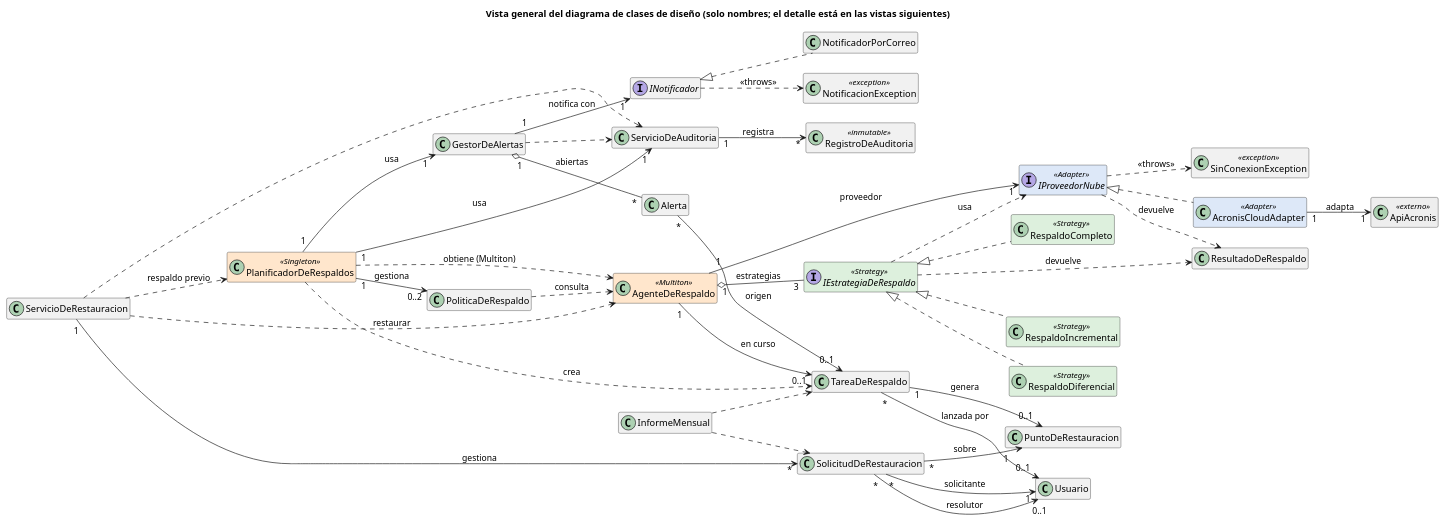
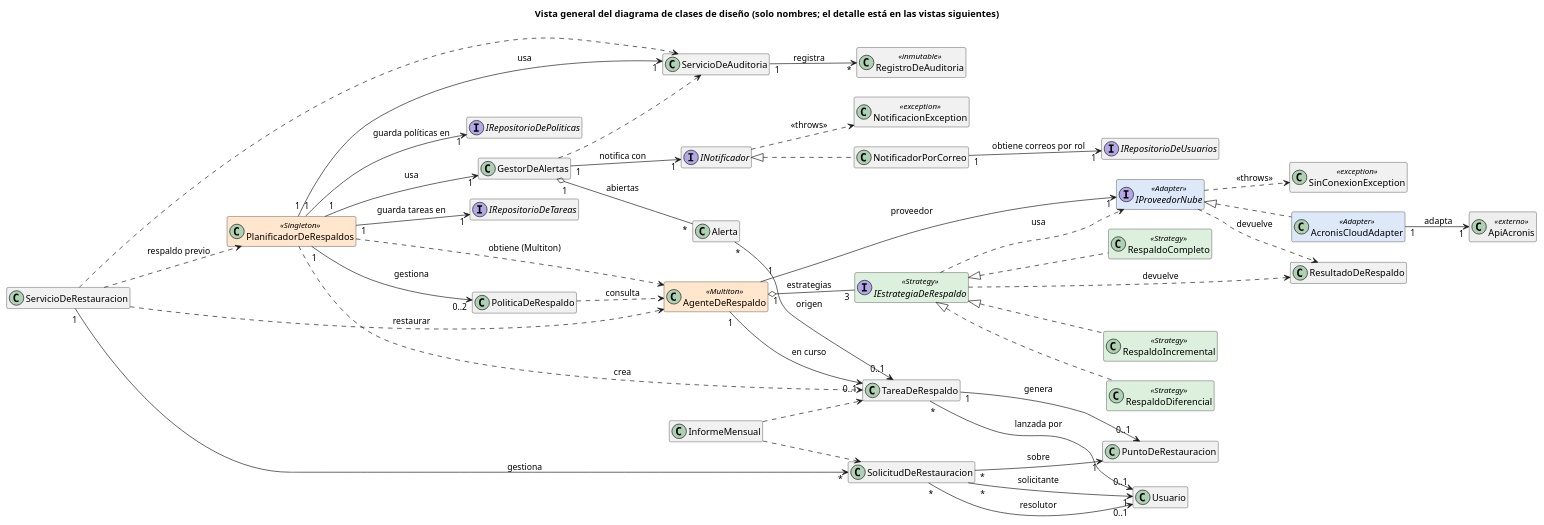
The diagram in diagramas/06-clases-vista-general.puml (Julito-Art/ModelacionGruipo17), drawn with PlantUML before and after one commit. The commit also changed 5 other files, not shown here.

```diff
--- a/diagramas/06-clases-vista-general.puml
+++ b/diagramas/06-clases-vista-general.puml
@@ -1,78 +1,84 @@
 @startuml 06-clases-vista-general
 title Vista general del diagrama de clases de diseño (solo nombres; el detalle está en las vistas siguientes)
 skinparam shadowing false
 skinparam defaultFontName Arial
 skinparam classAttributeIconSize 0
 skinparam nodesep 30
 skinparam ranksep 50
 skinparam class {
   BackgroundColor<<Singleton>> #FFE6CC
   BackgroundColor<<Multiton>> #FFE6CC
   BackgroundColor<<Strategy>> #DDF0DD
   BackgroundColor<<Adapter>> #DDE8F8
   BackgroundColor<<externo>> #EEEEEE
 }
 hide empty members
 left to right direction
 class PlanificadorDeRespaldos <<Singleton>>
 class AgenteDeRespaldo <<Multiton>>
 class PoliticaDeRespaldo
 class TareaDeRespaldo
 class PuntoDeRestauracion
 class ResultadoDeRespaldo
 interface IEstrategiaDeRespaldo <<Strategy>>
 class RespaldoCompleto <<Strategy>>
 class RespaldoIncremental <<Strategy>>
 class RespaldoDiferencial <<Strategy>>
 interface IProveedorNube <<Adapter>>
 class AcronisCloudAdapter <<Adapter>>
 class ApiAcronis <<externo>>
 class SinConexionException <<exception>>
 class NotificacionException <<exception>>
+interface IRepositorioDePoliticas
+interface IRepositorioDeTareas
+interface IRepositorioDeUsuarios
 class GestorDeAlertas
 class Alerta
 interface INotificador
 class NotificadorPorCorreo
 class ServicioDeAuditoria
 class RegistroDeAuditoria <<inmutable>>
 class SolicitudDeRestauracion
 class ServicioDeRestauracion
 class Usuario
 class InformeMensual
 IEstrategiaDeRespaldo <|.. RespaldoCompleto
 IEstrategiaDeRespaldo <|.. RespaldoIncremental
 IEstrategiaDeRespaldo <|.. RespaldoDiferencial
 IProveedorNube <|.. AcronisCloudAdapter
 INotificador <|.. NotificadorPorCorreo
 PlanificadorDeRespaldos "1" --> "0..2" PoliticaDeRespaldo : gestiona
 PlanificadorDeRespaldos "1" --> "1" GestorDeAlertas : usa
 PlanificadorDeRespaldos "1" --> "1" ServicioDeAuditoria : usa
 AgenteDeRespaldo "1" --> "1" IProveedorNube : proveedor
 AgenteDeRespaldo "1" o-- "3" IEstrategiaDeRespaldo : estrategias
 AgenteDeRespaldo "1" --> "0..1" TareaDeRespaldo : en curso
 AcronisCloudAdapter "1" --> "1" ApiAcronis : adapta
 TareaDeRespaldo "1" --> "0..1" PuntoDeRestauracion : genera
 TareaDeRespaldo "*" --> "0..1" Usuario : lanzada por
 SolicitudDeRestauracion "*" --> "1" PuntoDeRestauracion : sobre
 SolicitudDeRestauracion "*" --> "1" Usuario : solicitante
 SolicitudDeRestauracion "*" --> "0..1" Usuario : resolutor
 Alerta "*" --> "0..1" TareaDeRespaldo : origen
 GestorDeAlertas "1" --> "1" INotificador : notifica con
 GestorDeAlertas "1" o-- "*" Alerta : abiertas
 ServicioDeAuditoria "1" --> "*" RegistroDeAuditoria : registra
 ServicioDeRestauracion "1" --> "*" SolicitudDeRestauracion : gestiona
 PlanificadorDeRespaldos ..> AgenteDeRespaldo : obtiene (Multiton)
 PlanificadorDeRespaldos ..> TareaDeRespaldo : crea
 PoliticaDeRespaldo ..> AgenteDeRespaldo : consulta
 IEstrategiaDeRespaldo ..> IProveedorNube : usa
 IEstrategiaDeRespaldo ..> ResultadoDeRespaldo : devuelve
 IProveedorNube ..> ResultadoDeRespaldo : devuelve
 IProveedorNube ..> SinConexionException : <<throws>>
 INotificador ..> NotificacionException : <<throws>>
+PlanificadorDeRespaldos "1" --> "1" IRepositorioDePoliticas : guarda políticas en
+PlanificadorDeRespaldos "1" --> "1" IRepositorioDeTareas : guarda tareas en
+NotificadorPorCorreo "1" --> "1" IRepositorioDeUsuarios : obtiene correos por rol
 GestorDeAlertas ..> ServicioDeAuditoria
 ServicioDeRestauracion ..> PlanificadorDeRespaldos : respaldo previo
 ServicioDeRestauracion ..> AgenteDeRespaldo : restaurar
 ServicioDeRestauracion ..> ServicioDeAuditoria
 InformeMensual ..> TareaDeRespaldo
 InformeMensual ..> SolicitudDeRestauracion
 @enduml
```
